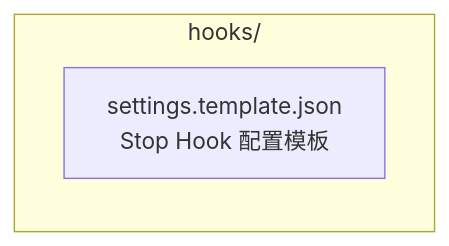
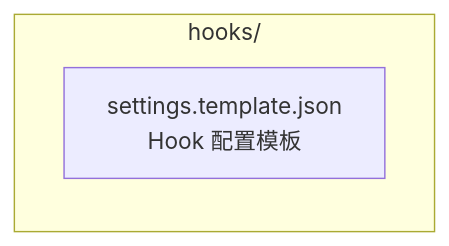
One commit to coolwoo/Tmux-AI-Team changed the first of 3 diagrams in hooks/CLAUDE.md. Above: the diagram before and after it, drawn with Mermaid. The commit also changed other lines of this file and 28 other files, not shown here.

````diff
--- a/hooks/CLAUDE.md
+++ b/hooks/CLAUDE.md
@@ -11,6 +11,6 @@
 ```mermaid
 graph LR
     subgraph Hooks["hooks/"]
-        TEMPLATE["settings.template.json<br/>Stop Hook 配置模板"]
+        TEMPLATE["settings.template.json<br/>Hook 配置模板"]
     end
 ```
````
